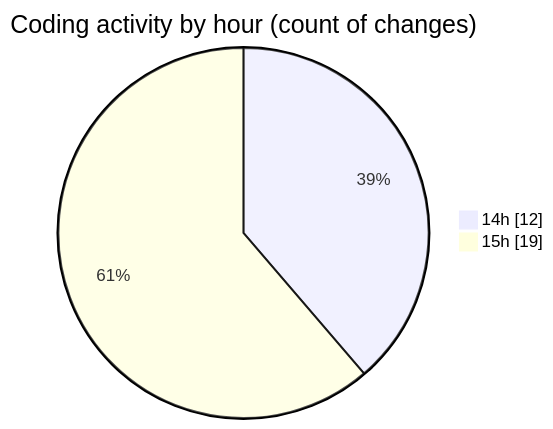
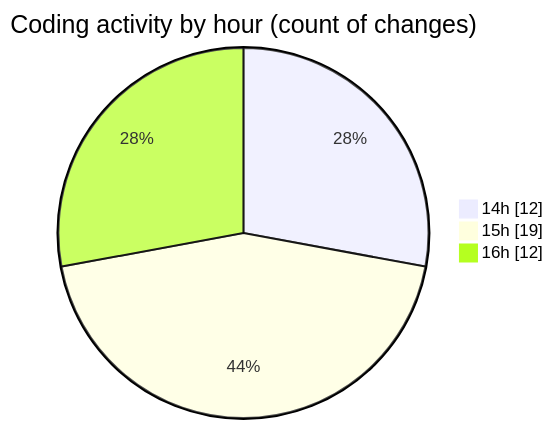
One commit to lephambinh05/code-tracking changed the second of 2 diagrams in 2025-08-10/rentotp/README.md. Above: the diagram before and after it, drawn with Mermaid. The commit also changed other lines of this file and 1 other file, not shown here.

````diff
--- a/2025-08-10/rentotp/README.md
+++ b/2025-08-10/rentotp/README.md
@@ -35,6 +35,7 @@
 ```mermaid
 pie showData
 title Coding activity by hour (count of changes)
 "14h" : 12
 "15h" : 19
+"16h" : 12
 ```
````
